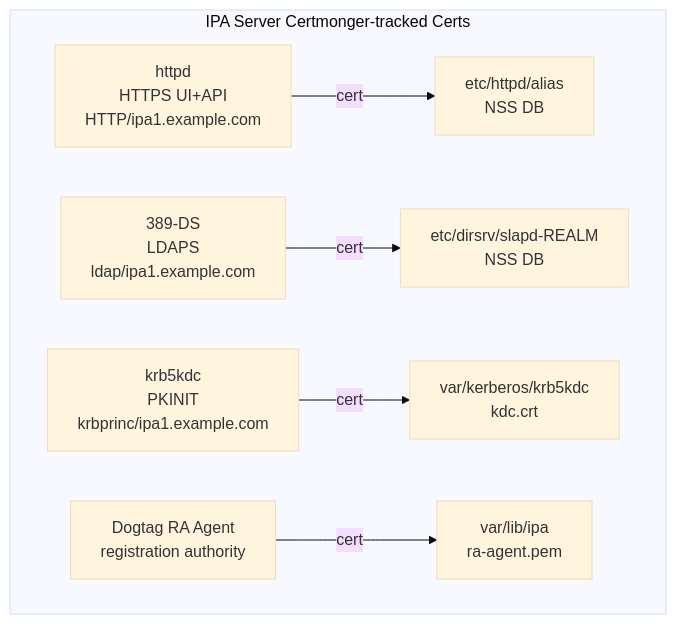
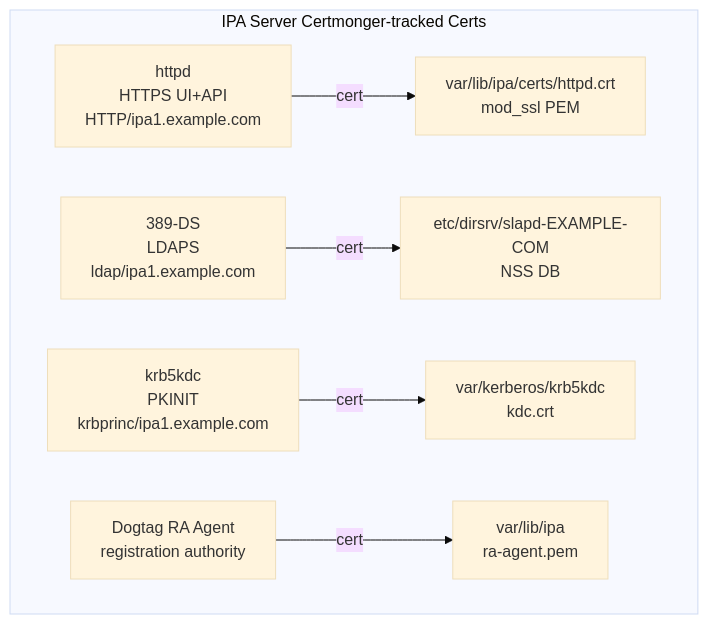
Before and after one commit to UncleJS/course_FreeIPA: the ninth of 9 diagrams in 09_certificate_management_fundamentals.md, drawn with Mermaid (base theme). The commit also changed other lines of this file and 24 other files, not shown here.

````diff
--- a/09_certificate_management_fundamentals.md
+++ b/09_certificate_management_fundamentals.md
@@ -552,9 +568,9 @@
 ```mermaid
 graph TD
     subgraph "IPA Server Certmonger-tracked Certs"
-        H["httpd\nHTTPS UI+API\nHTTP/ipa1.example.com"] -->|cert| HC["etc/httpd/alias\nNSS DB"]
-        L["389-DS\nLDAPS\nldap/ipa1.example.com"] -->|cert| LC["etc/dirsrv/slapd-REALM\nNSS DB"]
-        K["krb5kdc\nPKINIT\nkrbprinc/ipa1.example.com"] -->|cert| KC["var/kerberos/krb5kdc\nkdc.crt"]
-        R["Dogtag RA Agent\nregistration authority"] -->|cert| RC["var/lib/ipa\nra-agent.pem"]
+        H["httpd<br/>HTTPS UI+API<br/>HTTP/ipa1.example.com"] -->|cert| HC["var/lib/ipa/certs/httpd.crt<br/>mod_ssl PEM"]
+        L["389-DS<br/>LDAPS<br/>ldap/ipa1.example.com"] -->|cert| LC["etc/dirsrv/slapd-EXAMPLE-COM<br/>NSS DB"]
+        K["krb5kdc<br/>PKINIT<br/>krbprinc/ipa1.example.com"] -->|cert| KC["var/kerberos/krb5kdc<br/>kdc.crt"]
+        R["Dogtag RA Agent<br/>registration authority"] -->|cert| RC["var/lib/ipa<br/>ra-agent.pem"]
     end
 ```
````
